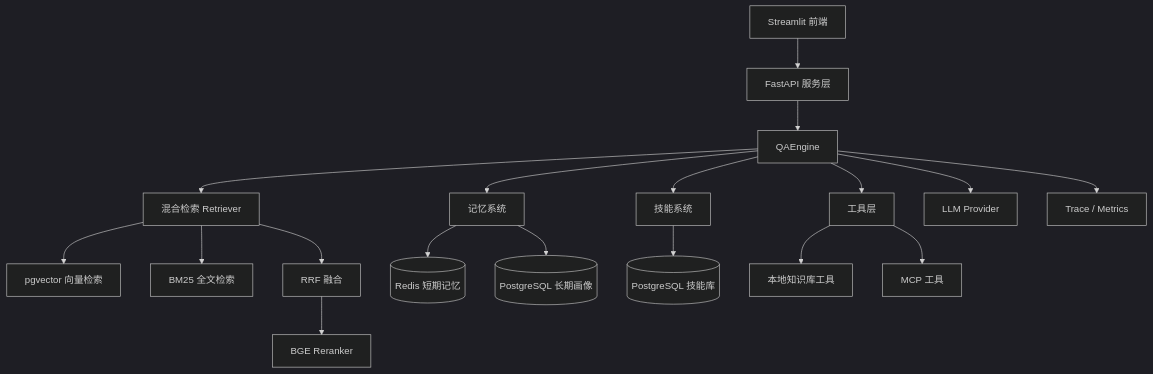
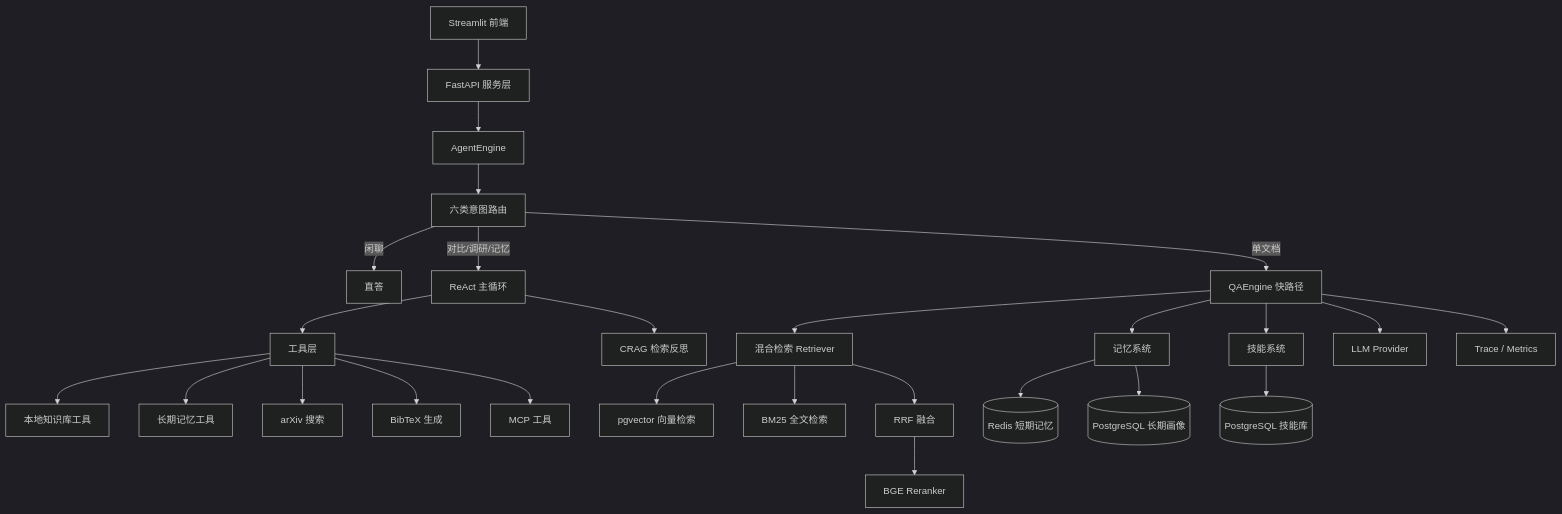
Before and after one commit to xulianwen-hub/Knowledge_Rag_mind: the diagram in README.md, drawn with Mermaid (dark theme). The commit also changed other lines of this file and 10 other files, not shown here.

````diff
--- a/README.md
+++ b/README.md
@@ -18,25 +47,33 @@
 ```mermaid
 flowchart TB
     UI[Streamlit 前端] --> API[FastAPI 服务层]
-    API --> QA[QAEngine]
+    API --> AGENT[AgentEngine]
+
+    AGENT --> ROUTER[六类意图路由]
+    ROUTER -->|闲聊| DIRECT[直答]
+    ROUTER -->|单文档| QA[QAEngine 快路径]
+    ROUTER -->|对比/调研/记忆| REACT[ReAct 主循环]
+    REACT --> TOOLS[工具层]
+    TOOLS --> LOCAL[本地知识库工具]
+    TOOLS --> MEMTOOL[长期记忆工具]
+    TOOLS --> ARXIV[arXiv 搜索]
+    TOOLS --> BIBTEX[BibTeX 生成]
+    TOOLS --> MCP[MCP 工具]
+    REACT --> REFLECT[CRAG 检索反思]
 
     QA --> RET[混合检索 Retriever]
     RET --> VEC[pgvector 向量检索]
     RET --> BM25[BM25 全文检索]
     RET --> RR[RRF 融合]
     RR --> RERANK[BGE Reranker]
 
     QA --> MEM[记忆系统]
     MEM --> REDIS[(Redis 短期记忆)]
     MEM --> PG[(PostgreSQL 长期画像)]
 
     QA --> SKILL[技能系统]
     SKILL --> PGS[(PostgreSQL 技能库)]
 
-    QA --> TOOL[工具层]
-    TOOL --> LOCAL[本地知识库工具]
-    TOOL --> MCP[MCP 工具]
-
     QA --> LLM[LLM Provider]
     QA --> TRACE[Trace / Metrics]
 ```
````
